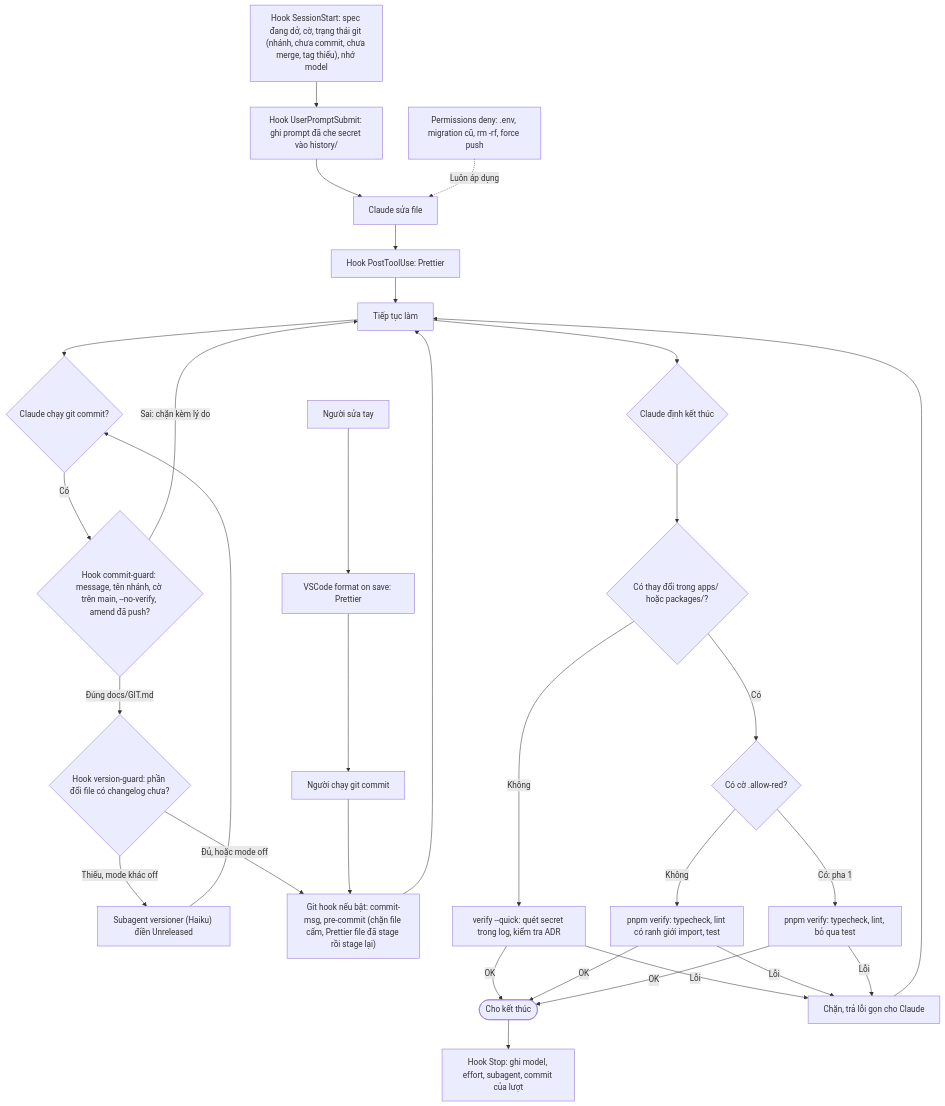
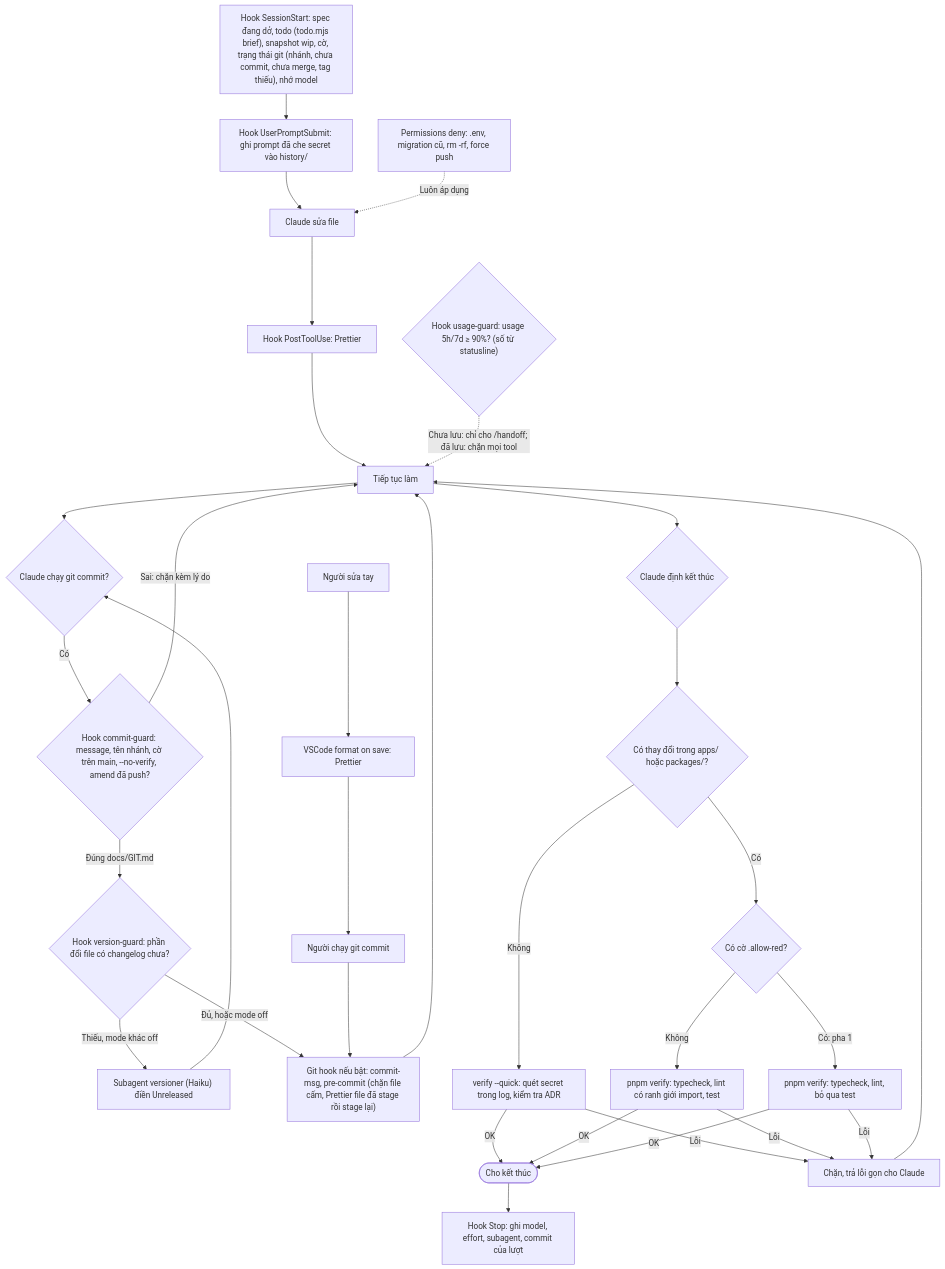
The second of 5 diagrams in docs/WORKFLOW.md (trantrong810-bz/claude-starter), drawn with Mermaid before and after one commit. The commit also changed other lines of this file and 31 other files, not shown here.

First line of the commit message:
feat(claude): add todo, resume and usage guard for handoff

````diff
--- a/docs/WORKFLOW.md
+++ b/docs/WORKFLOW.md
@@ -77,34 +77,35 @@
 ```mermaid
 flowchart TD
-    SS["Hook SessionStart: spec đang dở, cờ, trạng thái git (nhánh, chưa commit, chưa merge, tag thiếu), nhớ model"] --> PROMPT
+    SS["Hook SessionStart: spec đang dở, todo (todo.mjs brief), snapshot wip, cờ, trạng thái git (nhánh, chưa commit, chưa merge, tag thiếu), nhớ model"] --> PROMPT
     PROMPT["Hook UserPromptSubmit: ghi prompt đã che secret vào history/"] --> EDIT
     EDIT["Claude sửa file"] --> FMT["Hook PostToolUse: Prettier"]
     FMT --> WORK["Tiếp tục làm"]
     WORK --> COMMIT{"Claude chạy git commit?"}
     COMMIT -->|"Có"| CGUARD{"Hook commit-guard: message, tên nhánh, cờ trên main, --no-verify, amend đã push?"}
     CGUARD -->|"Sai: chặn kèm lý do"| WORK
     CGUARD -->|"Đúng docs/GIT.md"| GUARD{"Hook version-guard: phần đổi file có changelog chưa?"}
     GUARD -->|"Thiếu, mode khác off"| VERS["Subagent versioner (Haiku) điền Unreleased"]
     VERS --> COMMIT
     GUARD -->|"Đủ, hoặc mode off"| GITHOOK["Git hook nếu bật: commit-msg, pre-commit (chặn file cấm, Prettier file đã stage rồi stage lại)"]
     GITHOOK --> WORK
     HUMAN["Người sửa tay"] --> SAVE["VSCode format on save: Prettier"]
     SAVE --> HCOMMIT["Người chạy git commit"]
     HCOMMIT --> GITHOOK
     WORK --> STOP{"Claude định kết thúc"}
     STOP --> DIFF{"Có thay đổi trong apps/ hoặc packages/?"}
     DIFF -->|"Không"| QUICK["verify --quick: quét secret trong log, kiểm tra ADR"]
     QUICK -->|"OK"| END(["Cho kết thúc"])
     QUICK -->|"Lỗi"| BLOCK
     DIFF -->|"Có"| FLAG{"Có cờ .allow-red?"}
     FLAG -->|"Không"| VERIFY["pnpm verify: typecheck, lint có ranh giới import, test"]
     FLAG -->|"Có: pha 1"| VERIFYP1["pnpm verify: typecheck, lint, bỏ qua test"]
     VERIFY -->|"OK"| END
     VERIFYP1 -->|"OK"| END
     VERIFY -->|"Lỗi"| BLOCK["Chặn, trả lỗi gọn cho Claude"]
     VERIFYP1 -->|"Lỗi"| BLOCK
     BLOCK --> WORK
     END --> LOGM["Hook Stop: ghi model, effort, subagent, commit của lượt"]
 
     PERM["Permissions deny: .env, migration cũ, rm -rf, force push"] -.->|"Luôn áp dụng"| EDIT
+    USAGE{"Hook usage-guard: usage 5h/7d ≥ 90%? (số từ statusline)"} -.->|"Chưa lưu: chỉ cho /handoff; đã lưu: chặn mọi tool"| WORK
 ```
````
